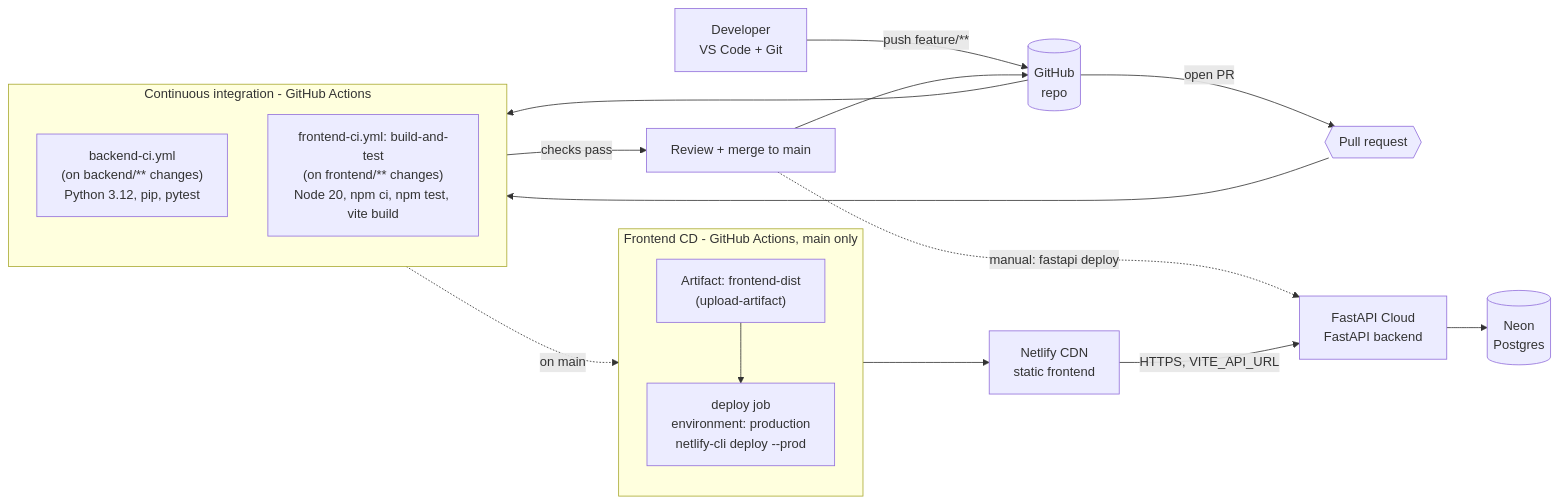
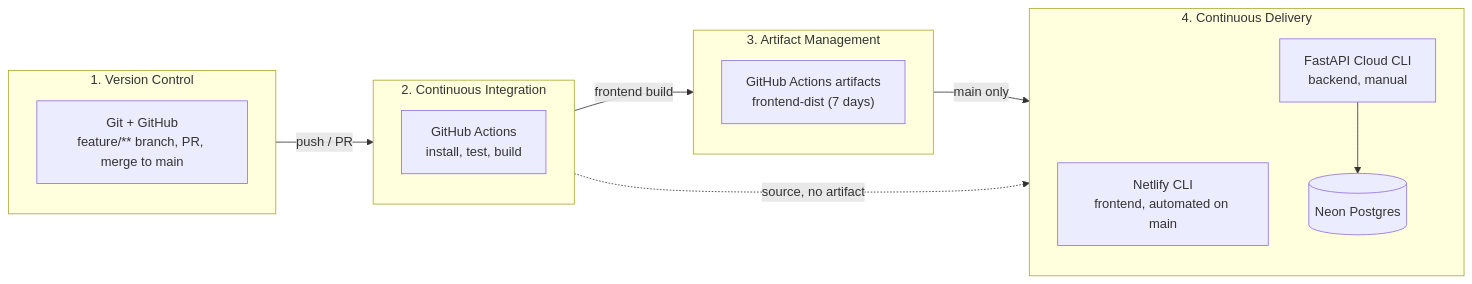
Before and after one commit to eduardopiairo/super-inspections: the first of 3 diagrams in docs/cicd-pipeline.md, drawn with Mermaid. The commit also changed other lines of this file, not shown here.

Commit message:
cicd pipeline

````diff
--- a/docs/cicd-pipeline.md
+++ b/docs/cicd-pipeline.md
@@ -11,31 +10,30 @@
 ```mermaid
 flowchart LR
-    dev["Developer<br/>VS Code + Git"] -->|push feature/**| gh[("GitHub<br/>repo")]
-    gh -->|open PR| pr{{"Pull request"}}
-
-    subgraph ci["Continuous integration - GitHub Actions"]
+    subgraph vc["1. Version Control"]
         direction TB
-        be["backend-ci.yml<br/>(on backend/** changes)<br/>Python 3.12, pip, pytest"]
-        fe["frontend-ci.yml: build-and-test<br/>(on frontend/** changes)<br/>Node 20, npm ci, npm test, vite build"]
+        git["Git + GitHub<br/>feature/** branch, PR, merge to main"]
     end
 
-    gh --> ci
-    pr --> ci
-    ci -->|checks pass| merge["Review + merge to main"]
-    merge --> gh
-
-    subgraph cdfe["Frontend CD - GitHub Actions, main only"]
+    subgraph ci["2. Continuous Integration"]
         direction TB
-        art["Artifact: frontend-dist<br/>(upload-artifact)"]
-        dep["deploy job<br/>environment: production<br/>netlify-cli deploy --prod"]
-        art --> dep
+        cibuild["GitHub Actions<br/>install, test, build"]
     end
 
-    fe -.->|on main| art
-    dep --> netlify["Netlify CDN<br/>static frontend"]
+    subgraph am["3. Artifact Management"]
+        direction TB
+        store["GitHub Actions artifacts<br/>frontend-dist (7 days)"]
+    end
 
-    merge -. "manual: fastapi deploy" .-> fcloud["FastAPI Cloud<br/>FastAPI backend"]
-    fcloud --> neon[("Neon<br/>Postgres")]
+    subgraph cd["4. Continuous Delivery"]
+        direction TB
+        fe["Netlify CLI<br/>frontend, automated on main"]
+        be["FastAPI Cloud CLI<br/>backend, manual"]
+        db[("Neon Postgres")]
+        be --> db
+    end
 
-    netlify -->|"HTTPS, VITE_API_URL"| fcloud
+    vc -->|push / PR| ci
+    ci -->|frontend build| am
+    am -->|main only| fe
+    ci -.->|source, no artifact| be
 ```
````
